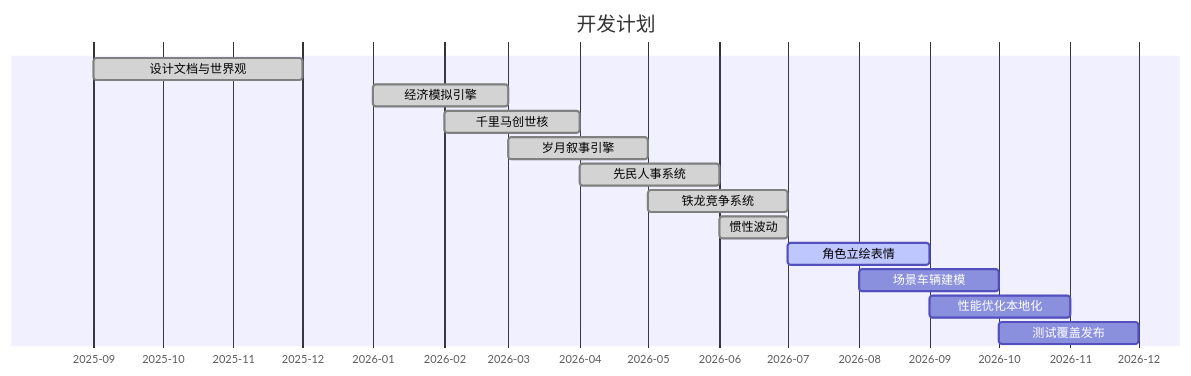
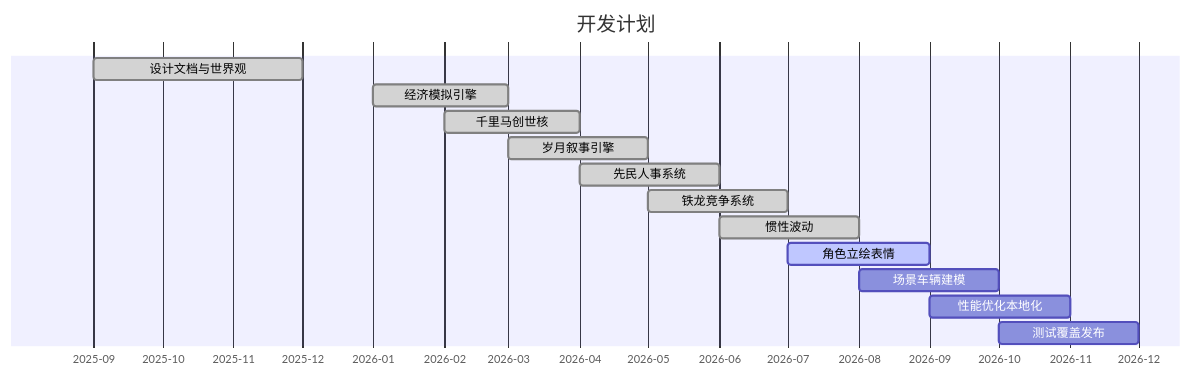
Before and after one commit to NMDX0721/RailwayRenaissance: the seventh of 8 diagrams in README.zh-CN.md, drawn with Mermaid. The commit also changed 4 other files, not shown here.

Commit message:
feat: expand prologue 01/04/05, fix README inertia timeline, fix grandfather dialogue

````diff
--- a/README.zh-CN.md
+++ b/README.zh-CN.md
@@ -628,17 +628,17 @@
 ```mermaid
 gantt
     title 开发计划
     dateFormat  YYYY-MM
     axisFormat  %Y-%m
     设计文档与世界观       :done, 2025-09, 2025-12
     经济模拟引擎           :done, 2026-01, 2026-03
     千里马创世核           :done, 2026-02, 2026-04
     岁月叙事引擎           :done, 2026-03, 2026-05
     先民人事系统           :done, 2026-04, 2026-06
     铁龙竞争系统           :done, 2026-05, 2026-07
-    惯性波动               :done, 2026-06, 2026-07
+    惯性波动               :done, 2026-06, 2026-08
     角色立绘表情           :active, 2026-07, 2026-09
     场景车辆建模           :2026-08, 2026-10
     性能优化本地化         :2026-09, 2026-11
     测试覆盖发布           :2026-10, 2026-12
 ```
````
